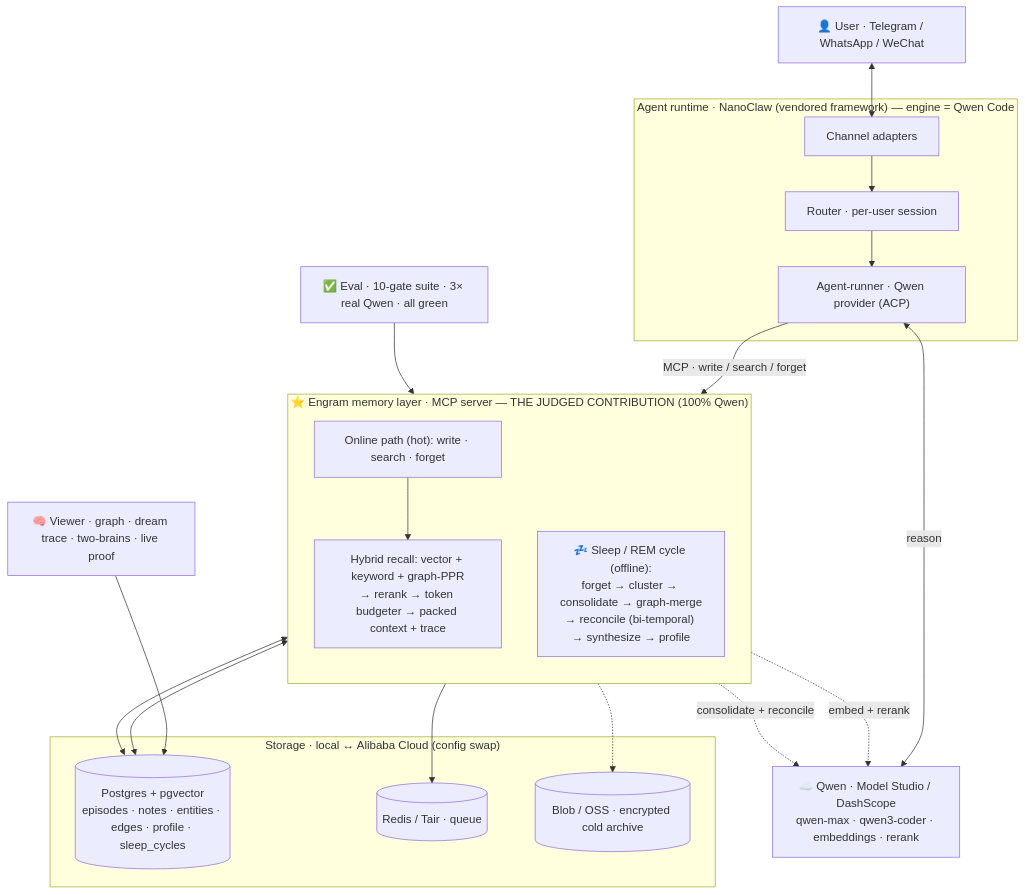
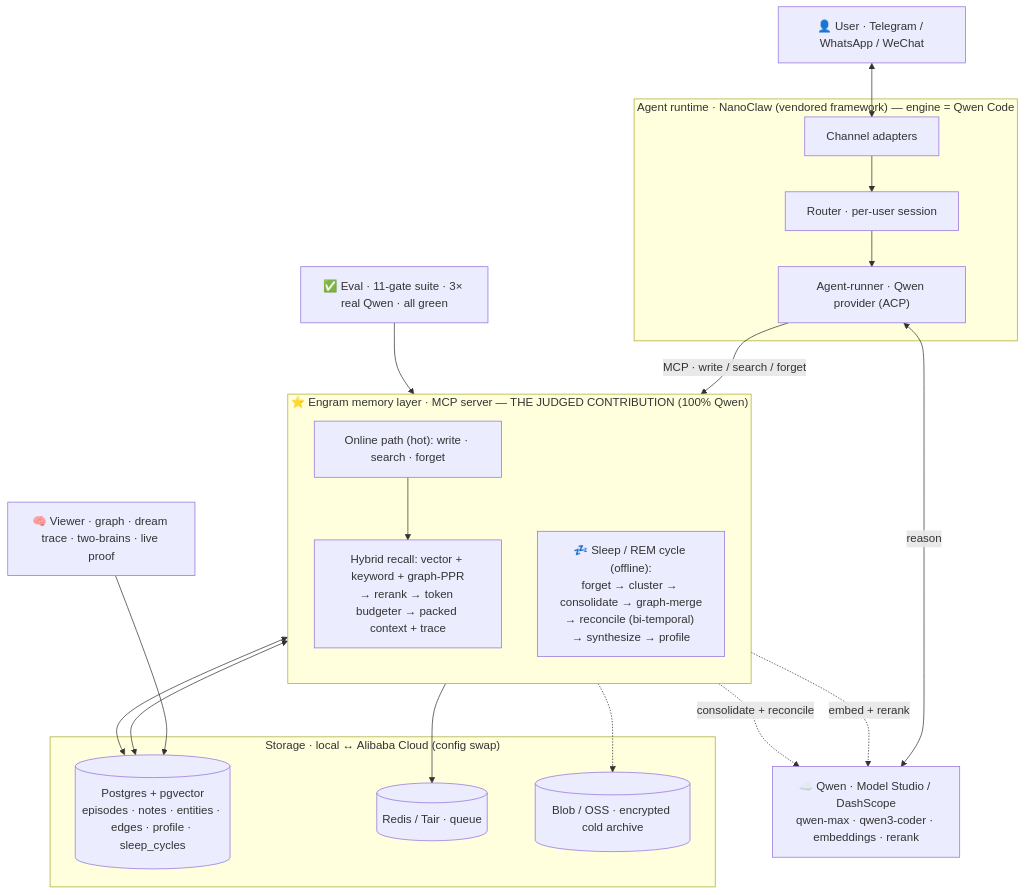
The diagram in ARCHITECTURE.md (tzechong94/engram), drawn with Mermaid before and after one commit. The commit also changed 12 other files, not shown here.

````diff
--- a/ARCHITECTURE.md
+++ b/ARCHITECTURE.md
@@ -13,39 +13,39 @@
 ```mermaid
 flowchart TB
   User["👤 User · Telegram / WhatsApp / WeChat"]
 
   subgraph AGENT["Agent runtime · NanoClaw (vendored framework) — engine = Qwen Code"]
     ADAPT["Channel adapters"] --> ROUTER["Router · per-user session"] --> RUNNER["Agent-runner · Qwen provider (ACP)"]
   end
 
   QWEN["☁️ Qwen · Model Studio / DashScope<br/>qwen-max · qwen3-coder · embeddings · rerank"]
 
   subgraph ENGRAM["⭐ Engram memory layer · MCP server — THE JUDGED CONTRIBUTION (100% Qwen)"]
     direction TB
     ONLINE["Online path (hot): write · search · forget"]
     RECALL["Hybrid recall: vector + keyword + graph-PPR<br/>→ rerank → token budgeter → packed context + trace"]
     SLEEP["💤 Sleep / REM cycle (offline):<br/>forget → cluster → consolidate → graph-merge<br/>→ reconcile (bi-temporal) → synthesize → profile"]
     ONLINE --> RECALL
   end
 
   subgraph STORE["Storage · local ↔ Alibaba Cloud (config swap)"]
     PG[("Postgres + pgvector<br/>episodes · notes · entities · edges · profile · sleep_cycles")]
     REDIS[("Redis / Tair · queue")]
     BLOB[("Blob / OSS · encrypted cold archive")]
   end
 
   VIEWER["🧠 Viewer · graph · dream trace · two-brains · live proof"]
-  EVAL["✅ Eval · 10-gate suite · 3× real Qwen · all green"]
+  EVAL["✅ Eval · 11-gate suite · 3× real Qwen · all green"]
 
   User <--> ADAPT
   RUNNER <-->|reason| QWEN
   RUNNER -->|"MCP · write / search / forget"| ONLINE
   ONLINE <--> PG
   RECALL -. embed + rerank .-> QWEN
   SLEEP <--> PG
   SLEEP -. consolidate + reconcile .-> QWEN
   ONLINE -.-> BLOB
   ONLINE --> REDIS
   VIEWER --> PG
   EVAL --> ENGRAM
 ```
````
